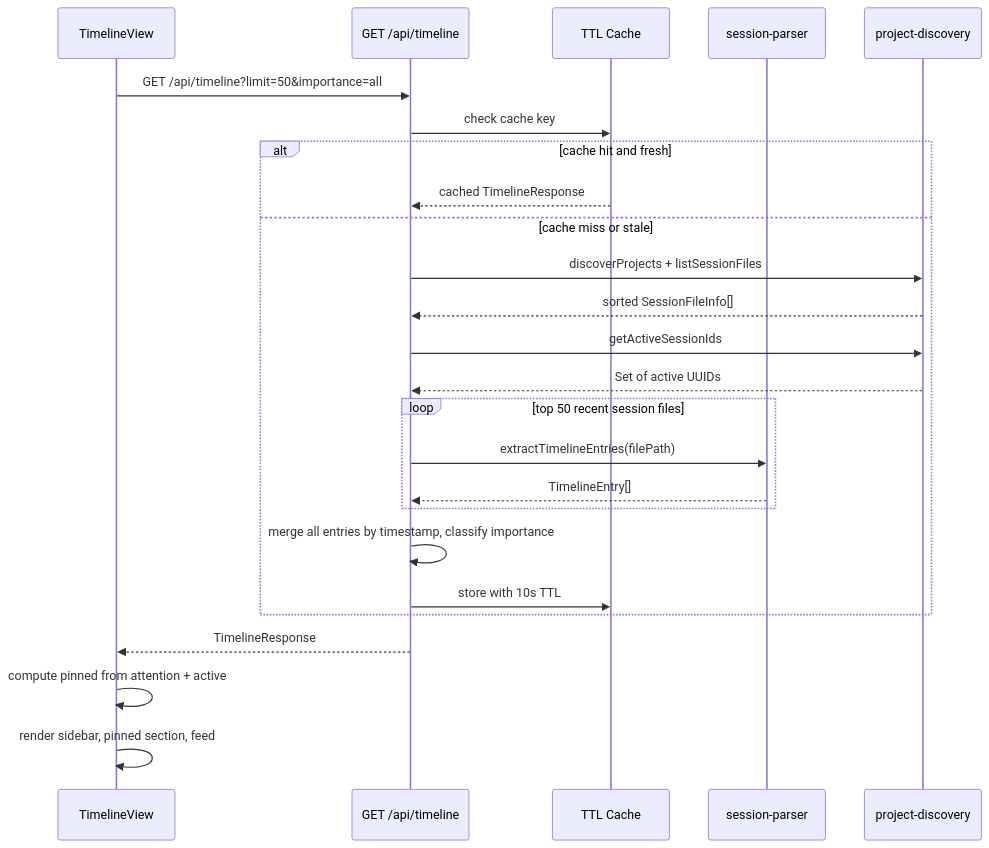
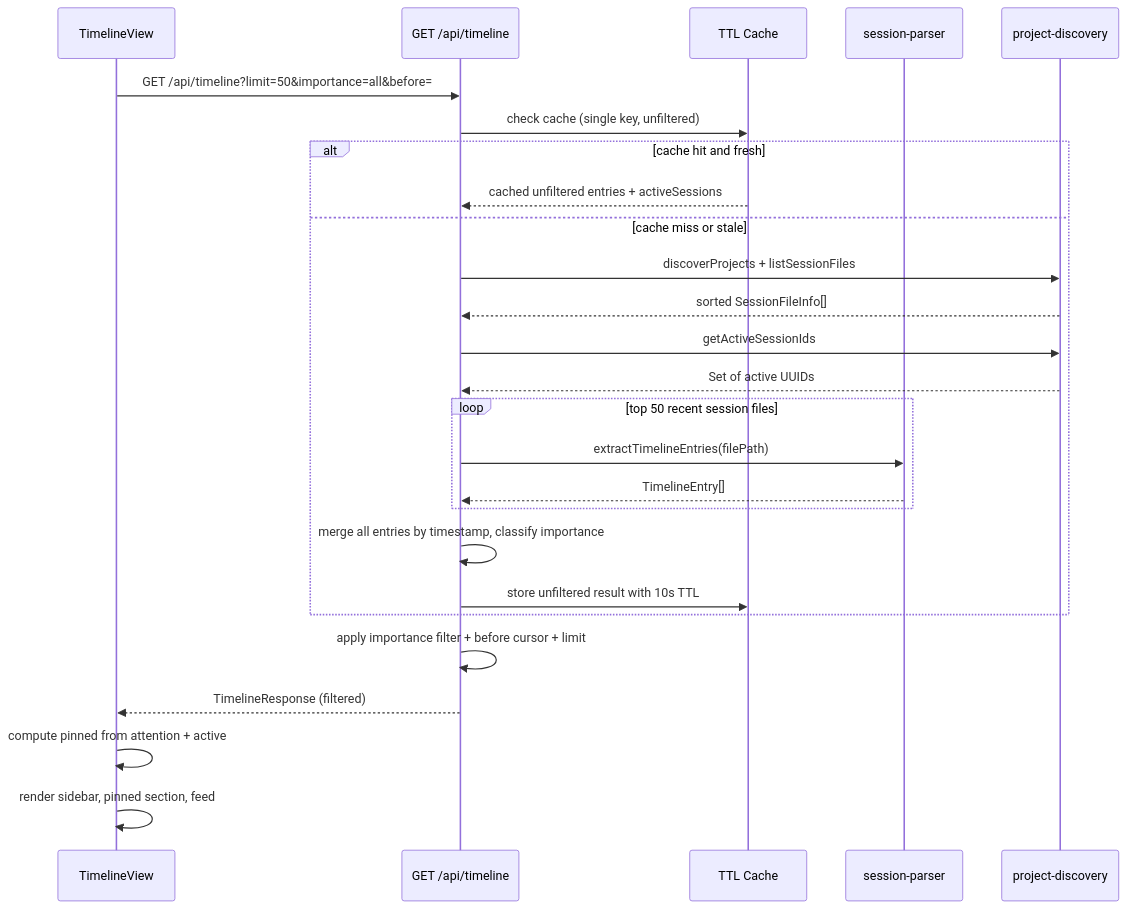
One commit to TETRA2000/cc-session-manager changed the second of 4 diagrams in .kiro/specs/timeline/design.md. Above: the diagram before and after it, drawn with Mermaid. The commit also changed other lines of this file and 2 other files, not shown here.

Commit message:
Apply design review fixes: unfiltered cache + single poll interval
- Cache stores unfiltered entries with single key; importance filtering
  and pagination applied post-cache for high hit rate
- Simplified to single 10s poll interval (removed dual 5s/10s)
- Updated research.md with rationale for both decisions

https://claude.ai/code/session_01WyXJwiVfwswkttKhFRKVgh

````diff
--- a/.kiro/specs/timeline/design.md
+++ b/.kiro/specs/timeline/design.md
@@ -102,28 +101,29 @@
 ```mermaid
 sequenceDiagram
     participant FE as TimelineView
     participant API as GET /api/timeline
     participant Cache as TTL Cache
     participant SP as session-parser
     participant PD as project-discovery
 
-    FE->>API: GET /api/timeline?limit=50&importance=all
-    API->>Cache: check cache key
+    FE->>API: GET /api/timeline?limit=50&importance=all&before=
+    API->>Cache: check cache (single key, unfiltered)
     alt cache hit and fresh
-        Cache-->>API: cached TimelineResponse
+        Cache-->>API: cached unfiltered entries + activeSessions
     else cache miss or stale
         API->>PD: discoverProjects + listSessionFiles
         PD-->>API: sorted SessionFileInfo[]
         API->>PD: getActiveSessionIds
         PD-->>API: Set of active UUIDs
         loop top 50 recent session files
             API->>SP: extractTimelineEntries(filePath)
             SP-->>API: TimelineEntry[]
         end
         API->>API: merge all entries by timestamp, classify importance
-        API->>Cache: store with 10s TTL
+        API->>Cache: store unfiltered result with 10s TTL
     end
-    API-->>FE: TimelineResponse
+    API->>API: apply importance filter + before cursor + limit
+    API-->>FE: TimelineResponse (filtered)
     FE->>FE: compute pinned from attention + active
     FE->>FE: render sidebar, pinned section, feed
 ```
````
